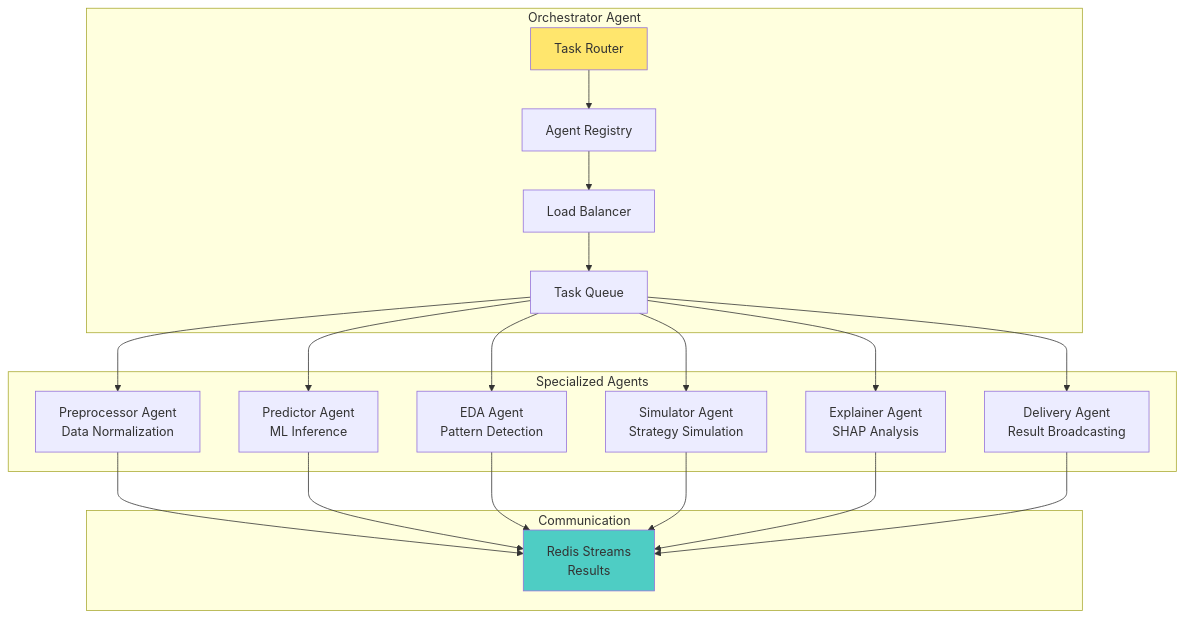
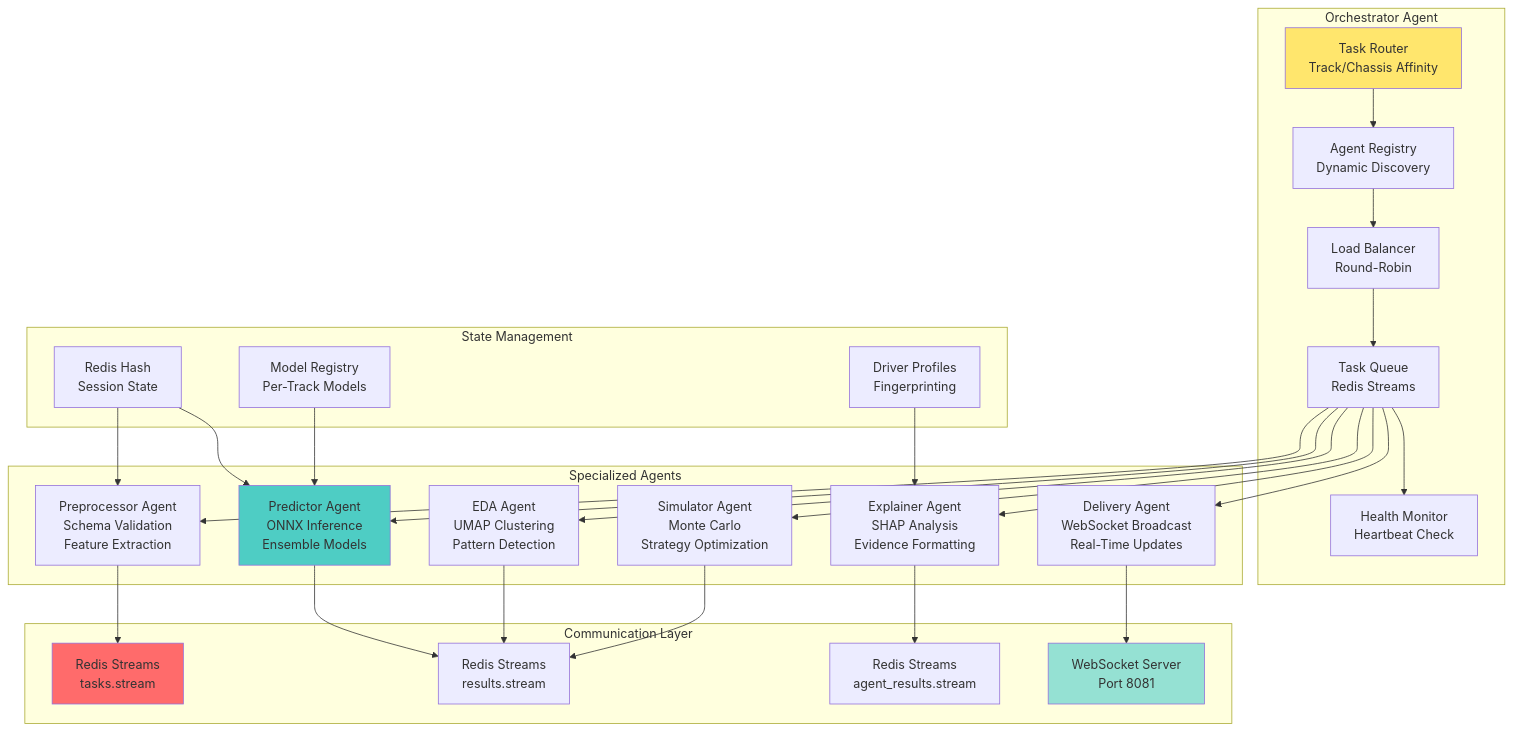
Before and after one commit to lucylow/blank-slate-canvas: diagram 23 of 29 in README.md, drawn with Mermaid. The commit also changed other lines of this file and 1 other file, not shown here.

````diff
--- a/README.md
+++ b/README.md
@@ -1213,29 +1518,39 @@
 ```mermaid
 graph TB
     subgraph "Orchestrator Agent"
-        A[Task Router] --> B[Agent Registry]
-        B --> C[Load Balancer]
-        C --> D[Task Queue]
+        A[Task Router<br/>Track/Chassis Affinity] --> B[Agent Registry<br/>Dynamic Discovery]
+        B --> C[Load Balancer<br/>Round-Robin]
+        C --> D[Task Queue<br/>Redis Streams]
+        D --> E[Health Monitor<br/>Heartbeat Check]
     end
     
     subgraph "Specialized Agents"
-        D --> E[Preprocessor Agent<br/>Data Normalization]
-        D --> F[Predictor Agent<br/>ML Inference]
-        D --> G[EDA Agent<br/>Pattern Detection]
-        D --> H[Simulator Agent<br/>Strategy Simulation]
-        D --> I[Explainer Agent<br/>SHAP Analysis]
-        D --> J[Delivery Agent<br/>Result Broadcasting]
+        D --> F[Preprocessor Agent<br/>Schema Validation<br/>Feature Extraction]
+        D --> G[Predictor Agent<br/>ONNX Inference<br/>Ensemble Models]
+        D --> H[EDA Agent<br/>UMAP Clustering<br/>Pattern Detection]
+        D --> I[Simulator Agent<br/>Monte Carlo<br/>Strategy Optimization]
+        D --> J[Explainer Agent<br/>SHAP Analysis<br/>Evidence Formatting]
+        D --> K[Delivery Agent<br/>WebSocket Broadcast<br/>Real-Time Updates]
     end
     
-    subgraph "Communication"
-        E --> K[Redis Streams<br/>Results]
-        F --> K
-        G --> K
-        H --> K
-        I --> K
-        J --> K
+    subgraph "Communication Layer"
+        F --> L[Redis Streams<br/>tasks.stream]
+        G --> M[Redis Streams<br/>results.stream]
+        H --> M
+        I --> M
+        J --> N[Redis Streams<br/>agent_results.stream]
+        K --> O[WebSocket Server<br/>Port 8081]
+    end
+    
+    subgraph "State Management"
+        P[Redis Hash<br/>Session State] --> F
+        P --> G
+        Q[Model Registry<br/>Per-Track Models] --> G
+        R[Driver Profiles<br/>Fingerprinting] --> J
     end
     
     style A fill:#ffe66d
-    style K fill:#4ecdc4
+    style G fill:#4ecdc4
+    style L fill:#ff6b6b
+    style O fill:#95e1d3
 ```
````
